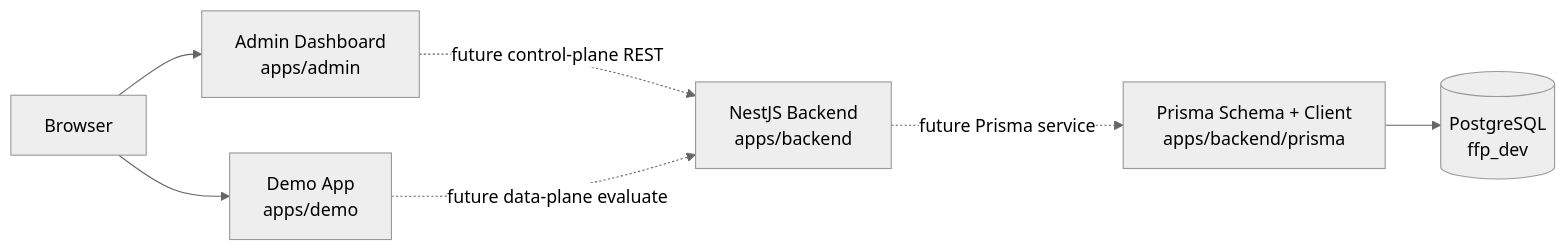
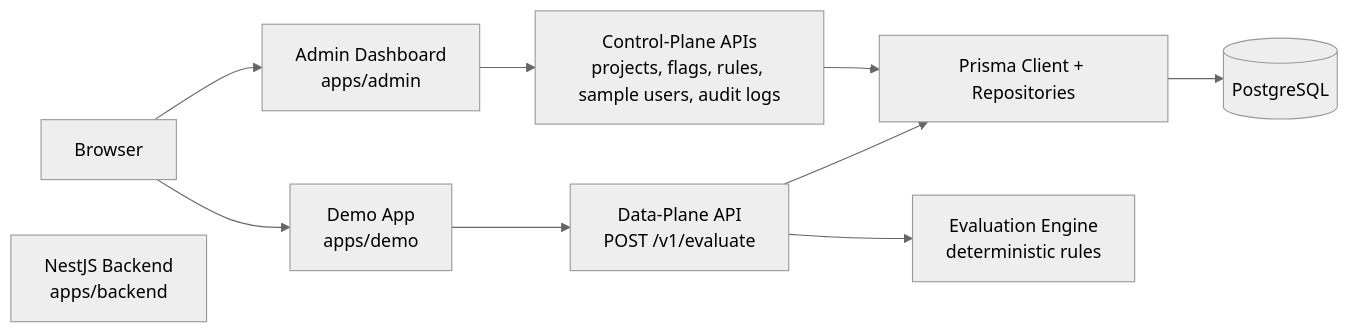
One commit to fabyanbui/feature-flag-platform changed the first of 5 diagrams in docs/learning/codebase-map.md. Above: the diagram before and after it, drawn with Mermaid (neutral theme). The commit also changed other lines of this file and 1 other file, not shown here.

````diff
--- a/docs/learning/codebase-map.md
+++ b/docs/learning/codebase-map.md
@@ -53,16 +61,21 @@
 ```mermaid
 graph LR
   Browser[Browser]
   Admin[Admin Dashboard<br/>apps/admin]
   Demo[Demo App<br/>apps/demo]
   Backend[NestJS Backend<br/>apps/backend]
-  Prisma[Prisma Schema + Client<br/>apps/backend/prisma]
-  DB[(PostgreSQL<br/>ffp_dev)]
+  Control[Control-Plane APIs<br/>projects, flags, rules, sample users, audit logs]
+  Data[Data-Plane API<br/>POST /v1/evaluate]
+  Engine[Evaluation Engine<br/>deterministic rules]
+  Prisma[Prisma Client + Repositories]
+  DB[(PostgreSQL)]
 
   Browser --> Admin
   Browser --> Demo
-  Admin -. future control-plane REST .-> Backend
-  Demo -. future data-plane evaluate .-> Backend
-  Backend -. future Prisma service .-> Prisma
+  Admin --> Control
+  Demo --> Data
+  Control --> Prisma
+  Data --> Prisma
+  Data --> Engine
   Prisma --> DB
 ```
````
